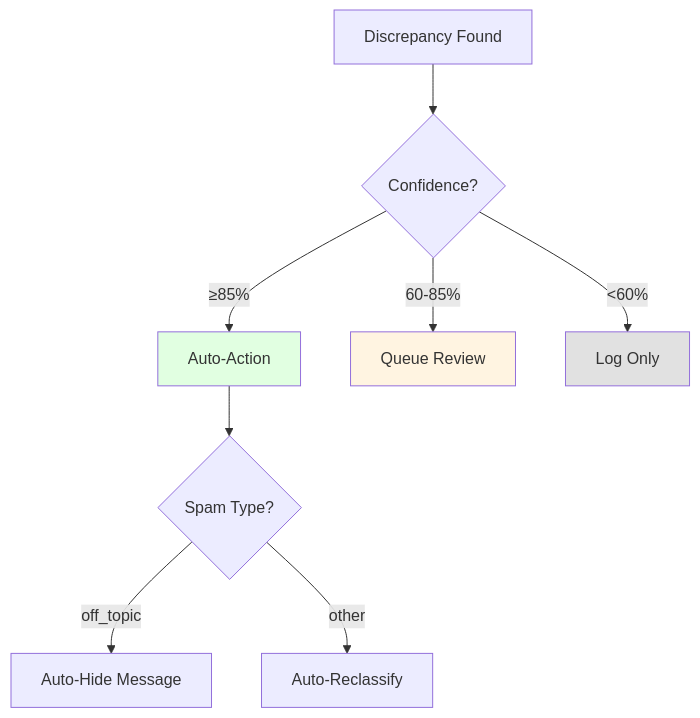
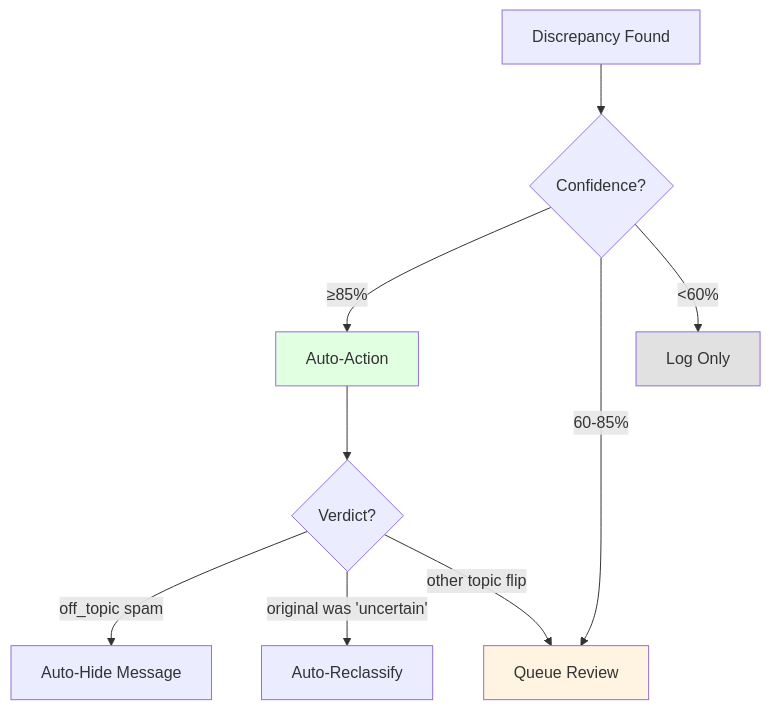
One commit to osintukraine/osint-platform-docs changed the fifth of 6 diagrams in docs/developer-guide/services/fact-check.md. Above: the diagram before and after it, drawn with Mermaid. The commit also changed other lines of this file and 74 other files, not shown here.

````diff
--- a/docs/developer-guide/services/fact-check.md
+++ b/docs/developer-guide/services/fact-check.md
@@ -158,15 +160,16 @@
 ```mermaid
 graph TD
     A[Discrepancy Found] --> B{Confidence?}
     B -->|≥85%| C[Auto-Action]
     B -->|60-85%| D[Queue Review]
     B -->|<60%| E[Log Only]
 
-    C --> F{Spam Type?}
-    F -->|off_topic| G[Auto-Hide Message]
-    F -->|other| H[Auto-Reclassify]
+    C --> F{Verdict?}
+    F -->|off_topic spam| G[Auto-Hide Message]
+    F -->|original was 'uncertain'| H[Auto-Reclassify]
+    F -->|other topic flip| D
 
     style C fill:#e1ffe1
     style D fill:#fff4e1
     style E fill:#e1e1e1
 ```
````
